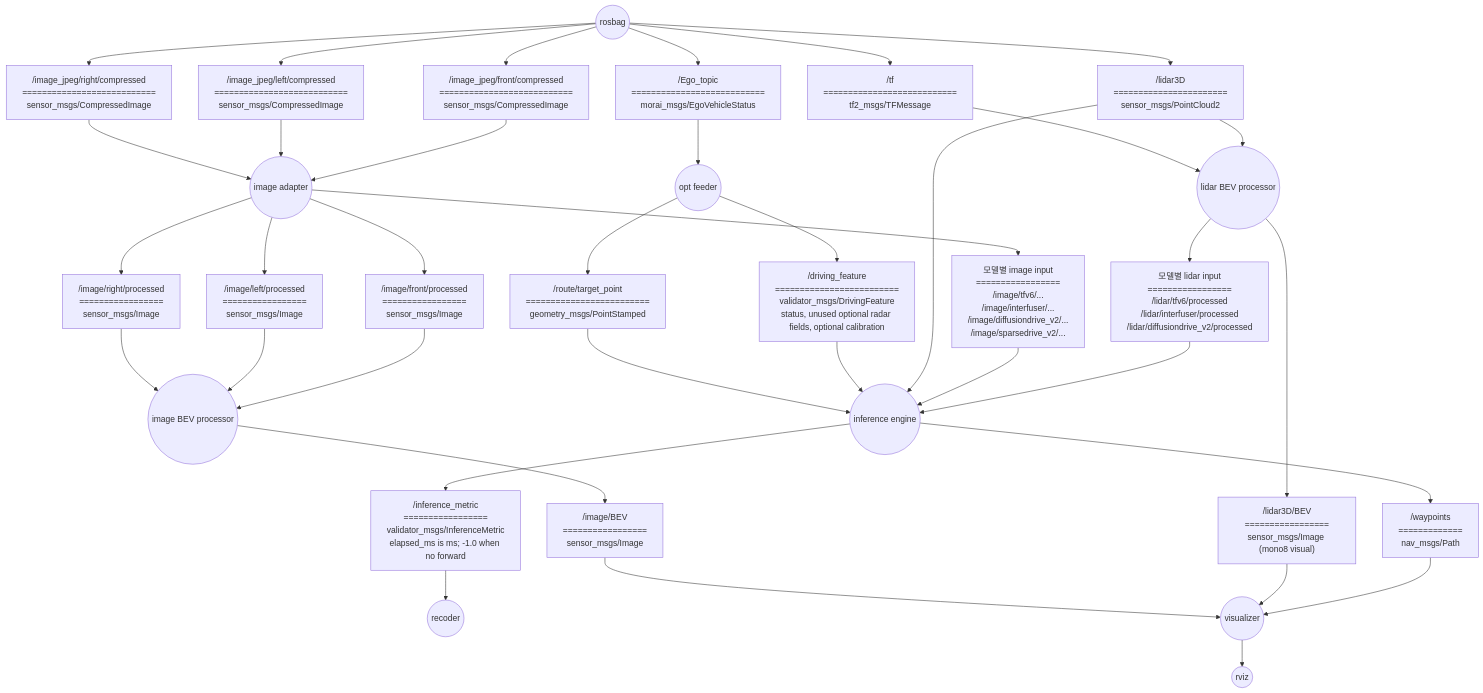
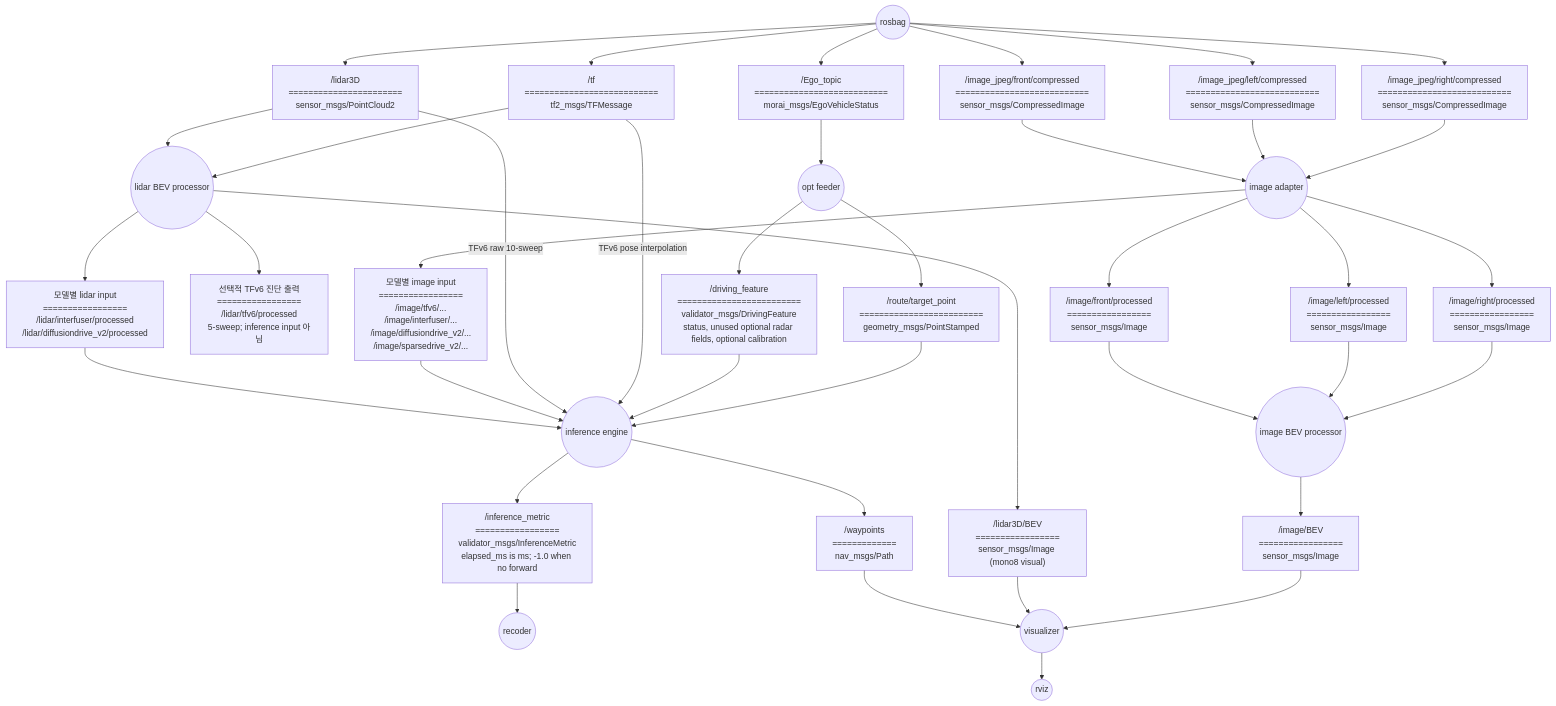
One commit to Team-Stier/E2E-OpenLoop-ROS-Validator changed the diagram in README.md. Above: the diagram before and after it, drawn with Mermaid. The commit also changed other lines of this file and 29 other files, not shown here.

````diff
--- a/README.md
+++ b/README.md
@@ -45,79 +49,82 @@
 ```mermaid
 flowchart TD
     rosbag((rosbag))
     A["/lidar3D\n=======================\nsensor_msgs/PointCloud2"]
     B0["/image_jpeg/front/compressed\n===========================\nsensor_msgs/CompressedImage"]
     B1["/image_jpeg/left/compressed\n===========================\nsensor_msgs/CompressedImage"]
     B2["/image_jpeg/right/compressed\n===========================\nsensor_msgs/CompressedImage"]
     C["/Ego_topic\n===========================\nmorai_msgs/EgoVehicleStatus"]
     T["/tf\n===========================\ntf2_msgs/TFMessage"]
 
     rosbag-->A
     rosbag-->B0
     rosbag-->B1
     rosbag-->B2
     rosbag-->C
     rosbag-->T
 
 
     D(("lidar BEV processor"))
     E((image adapter))
     F((image BEV processor))
 
     A-->D
     B0-->E
     B1-->E
     B2-->E
     G["/lidar3D/BEV\n=================\nsensor_msgs/Image (mono8 visual)"]
-    GM["모델별 lidar input\n=================\n/lidar/tfv6/processed\n/lidar/interfuser/processed\n/lidar/diffusiondrive_v2/processed"]
+    GM["모델별 lidar input\n=================\n/lidar/interfuser/processed\n/lidar/diffusiondrive_v2/processed"]
+    GD["선택적 TFv6 진단 출력\n=================\n/lidar/tfv6/processed\n5-sweep; inference input 아님"]
     H0["/image/front/processed\n=================\nsensor_msgs/Image"]
     H1["/image/left/processed\n=================\nsensor_msgs/Image"]
     H2["/image/right/processed\n=================\nsensor_msgs/Image"]
     HM["모델별 image input\n=================\n/image/tfv6/...\n/image/interfuser/...\n/image/diffusiondrive_v2/...\n/image/sparsedrive_v2/..."]
     I["/image/BEV\n=================\nsensor_msgs/Image"]
 
     R((opt feeder))
     DF["/driving_feature\n=========================\nvalidator_msgs/DrivingFeature\nstatus, unused optional radar fields, optional calibration"]
     TP["/route/target_point\n=========================\ngeometry_msgs/PointStamped"]
     
     D-->G
     D-->GM
+    D-->GD
     T-->D
     E-->H0
     E-->H1
     E-->H2
     E-->HM
     H0-->F
     H1-->F
     H2-->F
     F-->I
     C-->R
     R-->DF
     R-->TP
 
     J((inference engine))
 
     GM-->J
     HM-->J
-    A-->J
+    A-->|TFv6 raw 10-sweep|J
+    T-->|TFv6 pose interpolation|J
     DF-->J
     TP-->J
 
 
     K["/waypoints\n=============\nnav_msgs/Path"]
     Q["/inference_metric\n=================\nvalidator_msgs/InferenceMetric\nelapsed_ms is ms; -1.0 when no forward"]
 
     J-->K
     J-->Q
 
     N((recoder))
     M((visualizer))
     O((rviz))
 
     K-->M
     Q-->N
     M-->O
     G-->M
     I-->M
 
 ```
````
